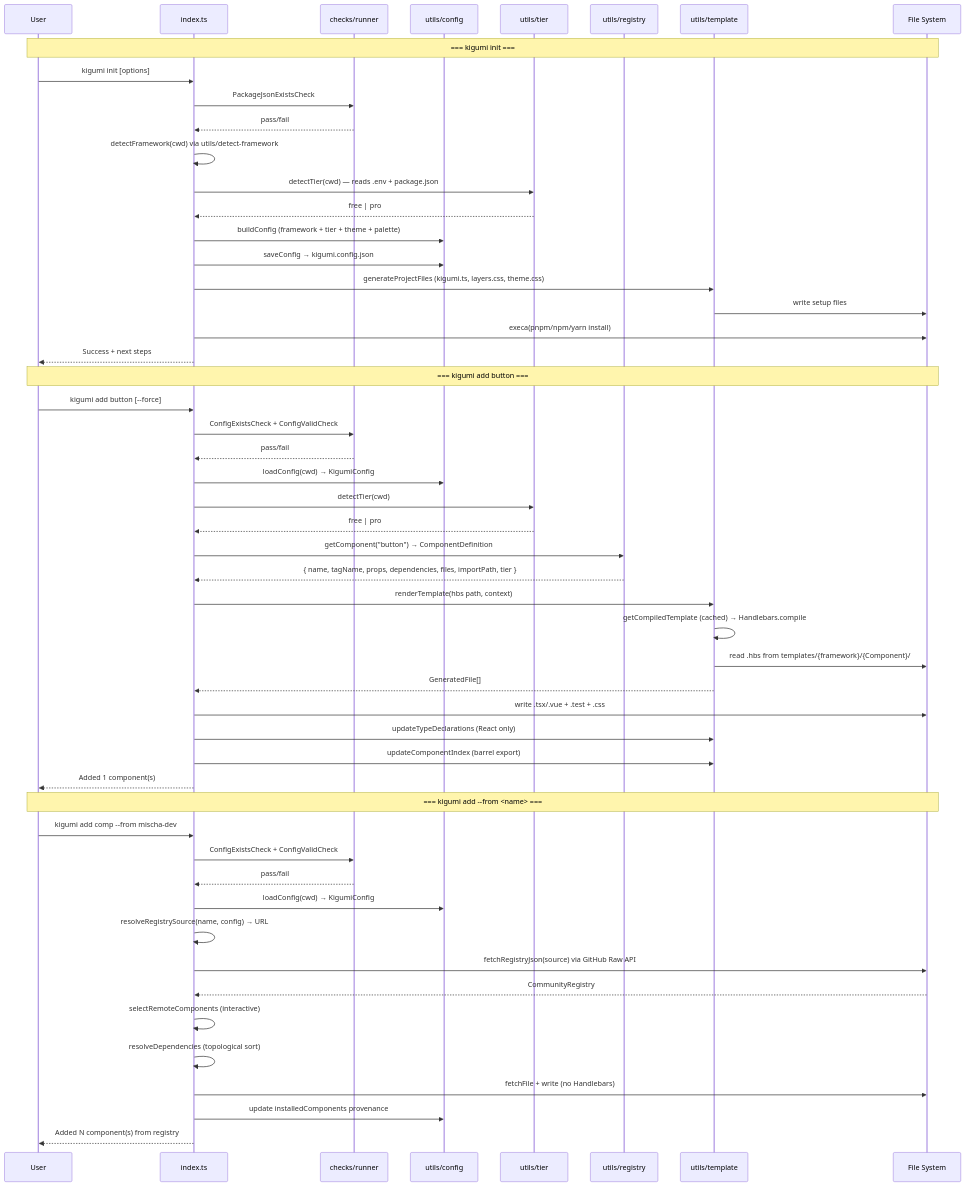
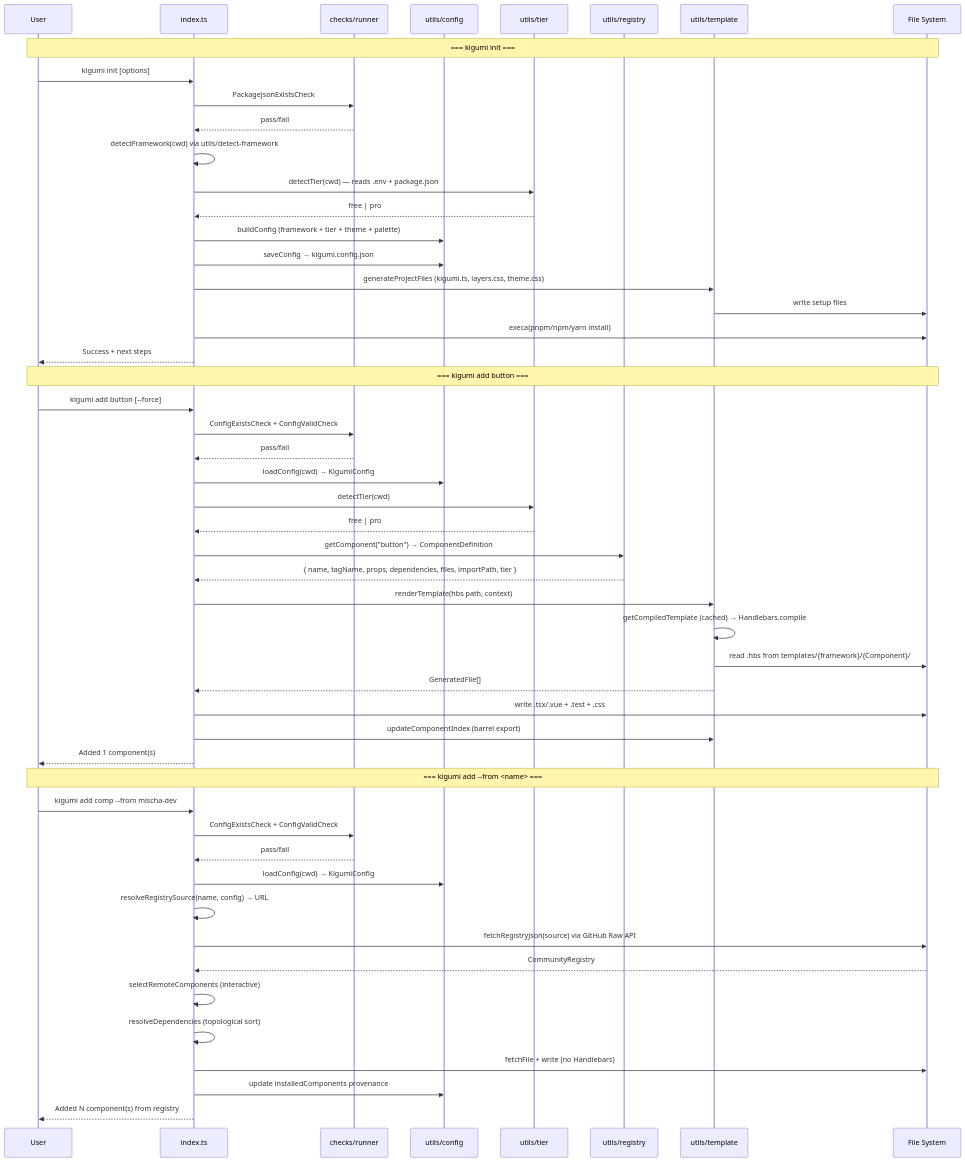
Before and after one commit to kigumi-ui/kigumi-cli: the second of 4 diagrams in AGENTS.md, drawn with Mermaid. The commit also changed other lines of this file and 19 other files, not shown here.

First line of the commit message:
fix(types): unify React+TS wa-* declarations on vite-env.d.ts (F-030) (#116)

````diff
--- a/AGENTS.md
+++ b/AGENTS.md
@@ -497,57 +497,56 @@
 ```mermaid
 sequenceDiagram
     participant User
     participant CLI as index.ts
     participant Checks as checks/runner
     participant Config as utils/config
     participant Tier as utils/tier
     participant Reg as utils/registry
     participant Tpl as utils/template
     participant FS as File System
 
     Note over User,FS: === kigumi init ===
     User->>CLI: kigumi init [options]
     CLI->>Checks: PackageJsonExistsCheck
     Checks-->>CLI: pass/fail
     CLI->>CLI: detectFramework(cwd) via utils/detect-framework
     CLI->>Tier: detectTier(cwd) — reads .env + package.json
     Tier-->>CLI: free | pro
     CLI->>Config: buildConfig (framework + tier + theme + palette)
     CLI->>Config: saveConfig → kigumi.config.json
     CLI->>Tpl: generateProjectFiles (kigumi.ts, layers.css, theme.css)
     Tpl->>FS: write setup files
     CLI->>FS: execa(pnpm/npm/yarn install)
     CLI-->>User: Success + next steps
 
     Note over User,FS: === kigumi add button ===
     User->>CLI: kigumi add button [--force]
     CLI->>Checks: ConfigExistsCheck + ConfigValidCheck
     Checks-->>CLI: pass/fail
     CLI->>Config: loadConfig(cwd) → KigumiConfig
     CLI->>Tier: detectTier(cwd)
     Tier-->>CLI: free | pro
     CLI->>Reg: getComponent("button") → ComponentDefinition
     Reg-->>CLI: { name, tagName, props, dependencies, files, importPath, tier }
     CLI->>Tpl: renderTemplate(hbs path, context)
     Tpl->>Tpl: getCompiledTemplate (cached) → Handlebars.compile
     Tpl->>FS: read .hbs from templates/{framework}/{Component}/
     Tpl-->>CLI: GeneratedFile[]
     CLI->>FS: write .tsx/.vue + .test + .css
-    CLI->>Tpl: updateTypeDeclarations (React only)
     CLI->>Tpl: updateComponentIndex (barrel export)
     CLI-->>User: Added 1 component(s)
 
     Note over User,FS: === kigumi add --from <name> ===
     User->>CLI: kigumi add comp --from mischa-dev
     CLI->>Checks: ConfigExistsCheck + ConfigValidCheck
     Checks-->>CLI: pass/fail
     CLI->>Config: loadConfig(cwd) → KigumiConfig
     CLI->>CLI: resolveRegistrySource(name, config) → URL
     CLI->>FS: fetchRegistryJson(source) via GitHub Raw API
     FS-->>CLI: CommunityRegistry
     CLI->>CLI: selectRemoteComponents (interactive)
     CLI->>CLI: resolveDependencies (topological sort)
     CLI->>FS: fetchFile + write (no Handlebars)
     CLI->>Config: update installedComponents provenance
     CLI-->>User: Added N component(s) from registry
 ```
````
